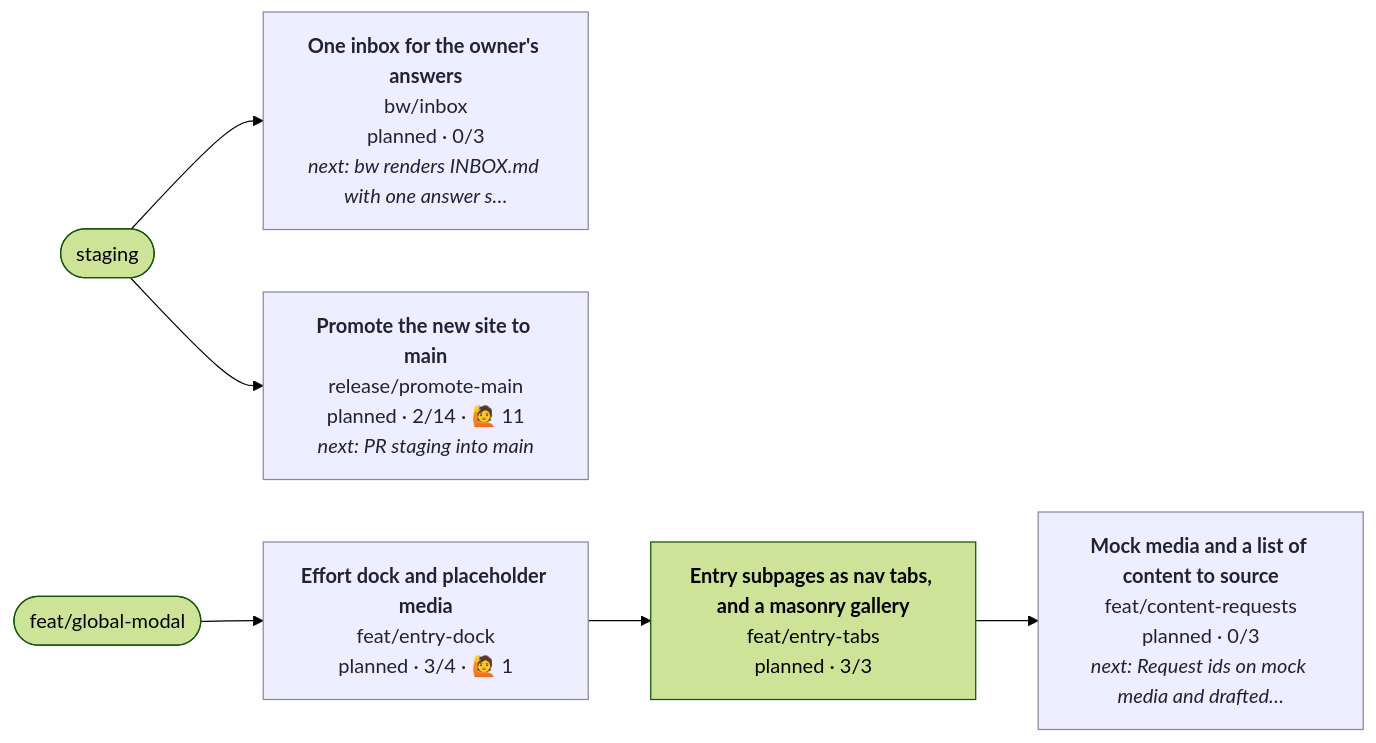
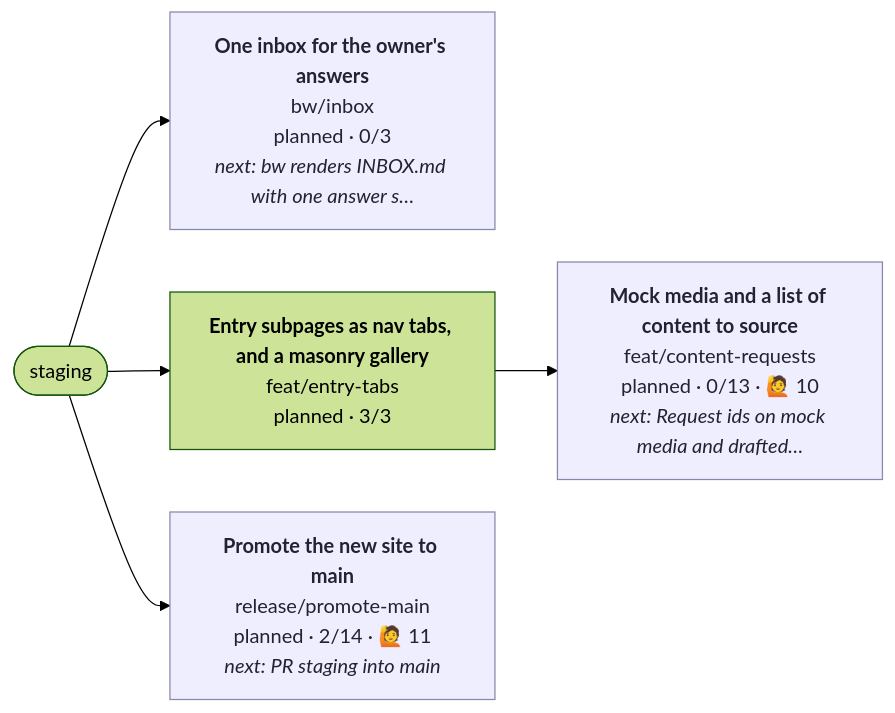
One commit to henryjonescodes/portfolio changed the diagram in CONTRIBUTING.md. Above: the diagram before and after it, drawn with Mermaid (forest theme). The commit also changed other lines of this file, not shown here.

````diff
--- a/CONTRIBUTING.md
+++ b/CONTRIBUTING.md
@@ -5,25 +5,21 @@
 ```mermaid
 flowchart LR
   n_staging([staging])
-  n_feat_global_modal([feat/global-modal])
   n_bw_inbox["<b>One inbox for the owner's answers</b><br/>bw/inbox<br/>planned · 0/3<br/><i>next: bw renders INBOX.md with one answer s…</i>"]
   class n_bw_inbox planned
   n_staging --> n_bw_inbox
-  n_feat_content_requests["<b>Mock media and a list of content to source</b><br/>feat/content-requests<br/>planned · 0/3<br/><i>next: Request ids on mock media and drafted…</i>"]
+  n_feat_content_requests["<b>Mock media and a list of content to source</b><br/>feat/content-requests<br/>planned · 0/13 · 🙋 10<br/><i>next: Request ids on mock media and drafted…</i>"]
   class n_feat_content_requests planned
   n_feat_entry_tabs --> n_feat_content_requests
-  n_feat_entry_dock["<b>Effort dock and placeholder media</b><br/>feat/entry-dock<br/>planned · 3/4 · 🙋 1"]
-  class n_feat_entry_dock planned
-  n_feat_global_modal --> n_feat_entry_dock
   n_feat_entry_tabs["<b>Entry subpages as nav tabs, and a masonry gallery</b><br/>feat/entry-tabs<br/>planned · 3/3"]
   class n_feat_entry_tabs planned,current
-  n_feat_entry_dock --> n_feat_entry_tabs
+  n_staging --> n_feat_entry_tabs
   n_release_promote_main["<b>Promote the new site to main</b><br/>release/promote-main<br/>planned · 2/14 · 🙋 11<br/><i>next: PR staging into main</i>"]
   class n_release_promote_main planned
   n_staging --> n_release_promote_main
   classDef planned fill:#eef,stroke:#88a,color:#223
   classDef active fill:#dfd,stroke:#3a3,stroke-width:3px,color:#132
   classDef blocked fill:#fdd,stroke:#c33,color:#311
   classDef review fill:#ffd,stroke:#cc3,color:#331
   classDef current stroke:#06c,stroke-width:4px
 ```
````
